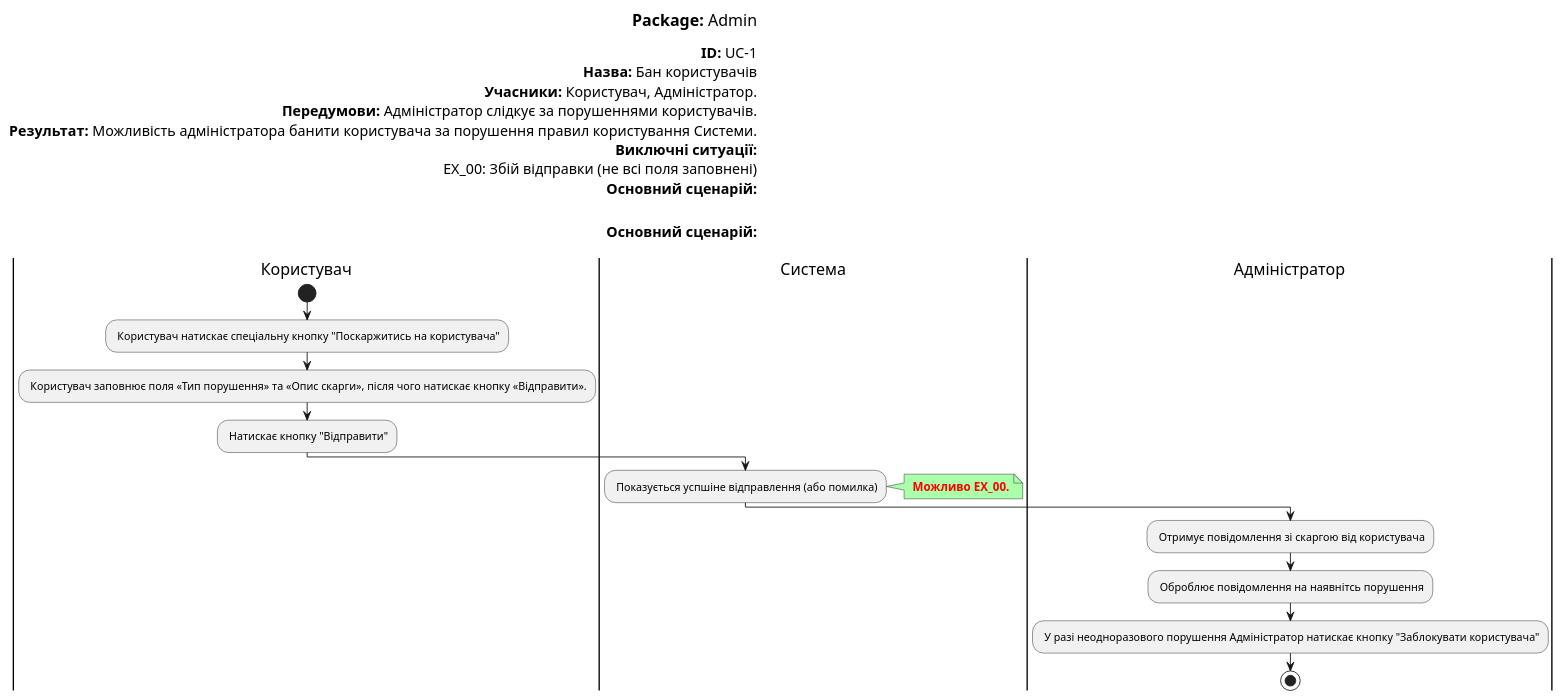
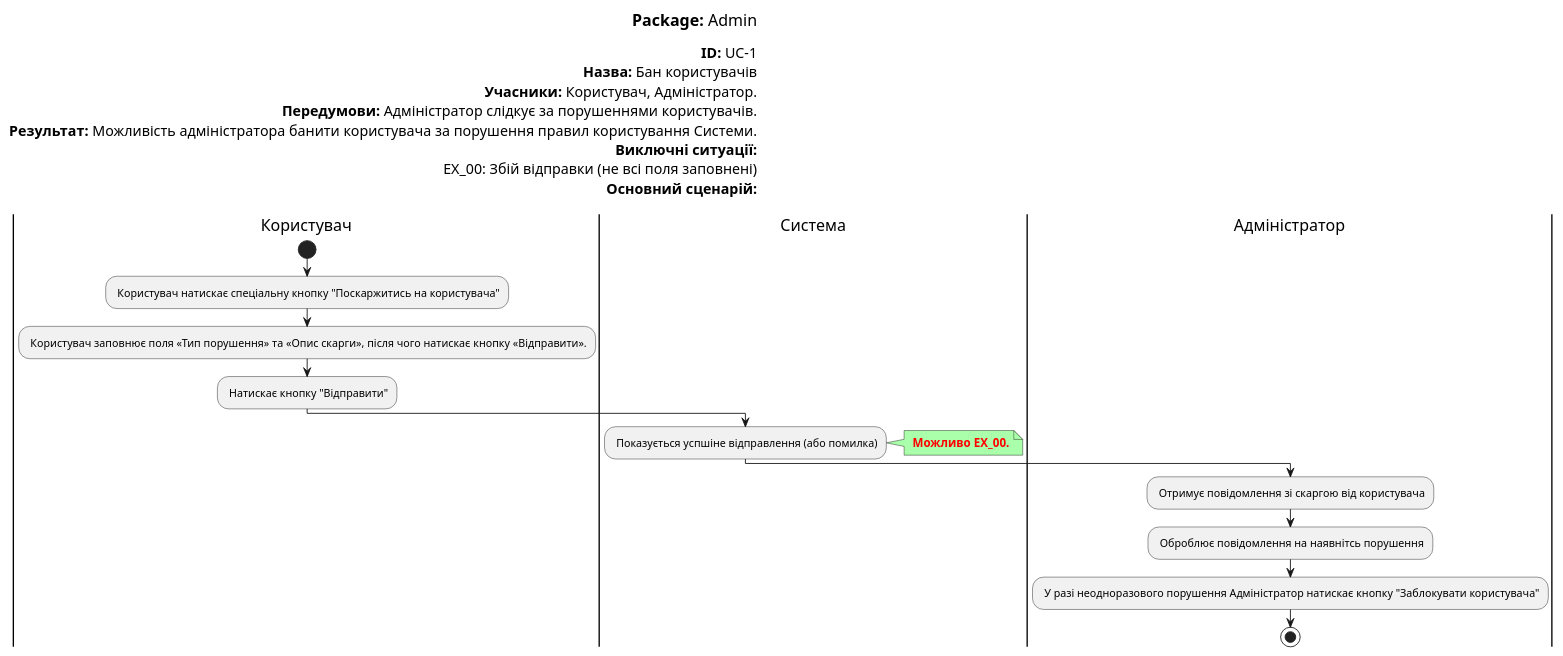
One commit to yehorbk/kpi-programming changed the diagram in UML/admin/Diagrams/UC1.pu. Above: the diagram before and after it, drawn with PlantUML.

```diff
--- a/UML/admin/Diagrams/UC1.pu
+++ b/UML/admin/Diagrams/UC1.pu
@@ -1,42 +1,39 @@
 @startuml
 left header
 <font color=000 size=18><b>Package:</b> Admin
 
 <font color=000 size=16><b>ID:</b> UC-1
 <font color=000 size=16><b>Назва:</b> Бан користувачів
 <font color=000 size=16><b>Учасники:</b> Користувач, Адміністратор.
 <font color=000 size=16><b>Передумови:</b> Адміністратор слідкує за порушеннями користувачів.
 <font color=000 size=16><b>Результат:</b> Можливість адміністратора банити користувача за порушення правил користування Системи.
 <font color=000 size=16><b>Виключні ситуації:</b>
 <font color=000 size=16> EX_00: Збій відправки (не всі поля заповнені)
-<font color=000 size=16><b>Основний сценарій:</b>
-
-
 <font color=000 size=16><b>Основний сценарій:</b>
 
 end header
 
 |Користувач|
 start
 : Користувач натискає спеціальну кнопку "Поскаржитись на користувача";
 
 : Користувач заповнює поля «Тип порушення» та «Опис скарги», після чого натискає кнопку «Відправити».;
 
 : Натискає кнопку "Відправити";
 
 |Система|
 : Показується успшіне відправлення (або помилка);
 
 note right #aaffaa
 <font color=red><b> Можливо EX_00.
 end note
 
 |Адміністратор|
 : Отримує повідомлення зі скаргою від користувача;
 
 : Оброблює повідомлення на наявнітсь порушення;
 
 : У разі неодноразового порушення Адміністратор натискає кнопку "Заблокувати користувача";
 
 stop;
 @enduml
```
